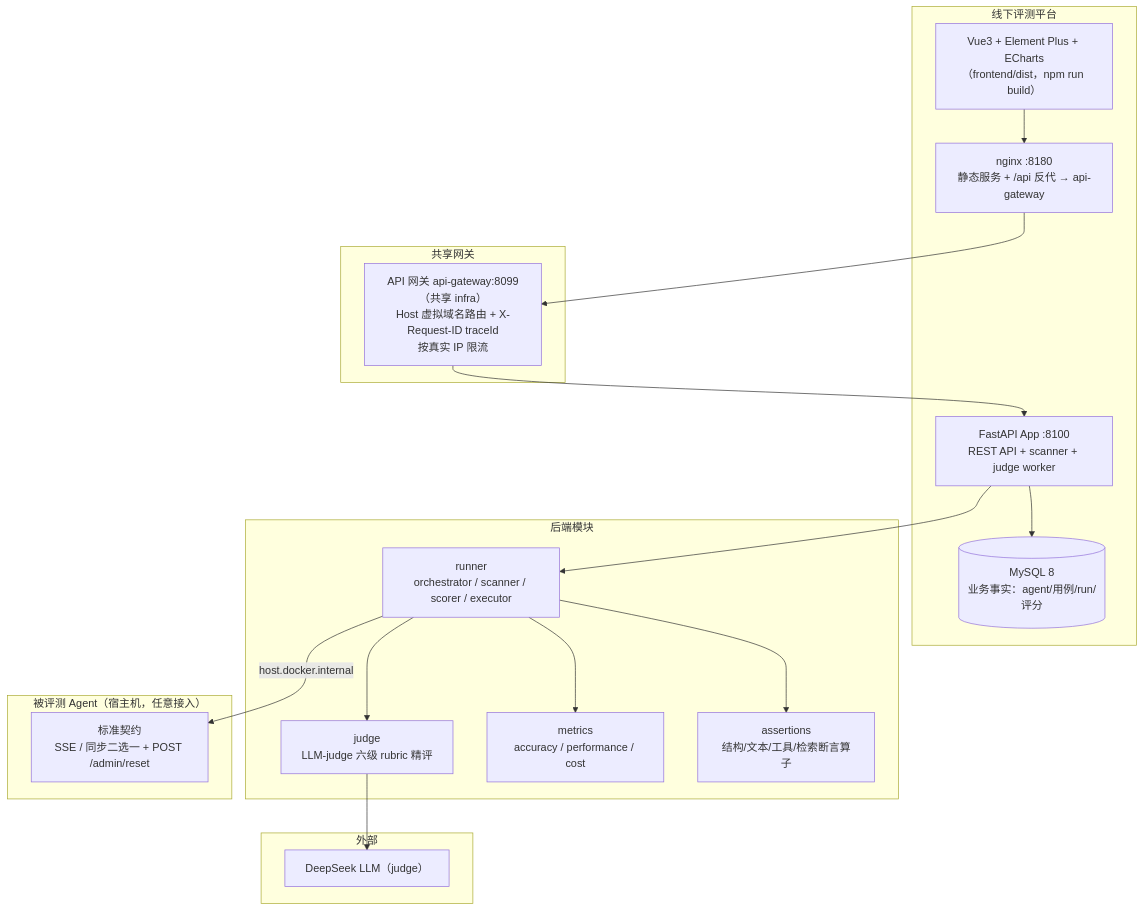
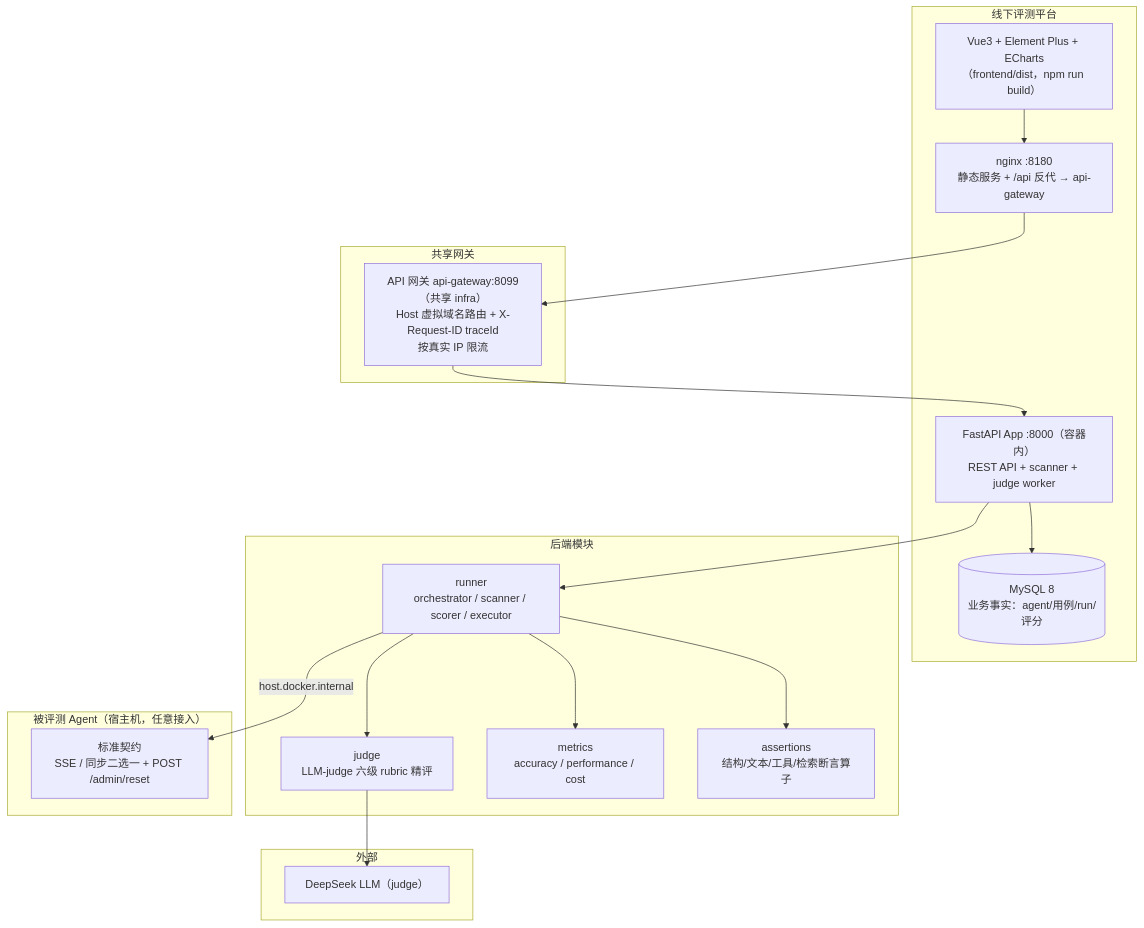
One commit to zhanggy1984/agent-evaluation-offline changed the diagram in README.md. Above: the diagram before and after it, drawn with Mermaid. The commit also changed other lines of this file and 1 other file, not shown here.

````diff
--- a/README.md
+++ b/README.md
@@ -122,35 +122,35 @@
 ```mermaid
 graph TB
     subgraph PLATFORM["线下评测平台"]
         WEB["Vue3 + Element Plus + ECharts<br/>（frontend/dist，npm run build）"]
         NGINX["nginx :8180<br/>静态服务 + /api 反代 → api-gateway"]
-        API["FastAPI App :8100<br/>REST API + scanner + judge worker"]
+        API["FastAPI App :8000（容器内）<br/>REST API + scanner + judge worker"]
         MYSQL[(MySQL 8<br/>业务事实：agent/用例/run/评分)]
     end
     subgraph 共享网关
         GATEWAY["API 网关 api-gateway:8099（共享 infra）<br/>Host 虚拟域名路由 + X-Request-ID traceId<br/>按真实 IP 限流"]
     end
     subgraph MODULE["后端模块"]
         RUN["runner<br/>orchestrator / scanner / scorer / executor"]
         JUDGE["judge<br/>LLM-judge 六级 rubric 精评"]
         MET["metrics<br/>accuracy / performance / cost"]
         ASRT["assertions<br/>结构/文本/工具/检索断言算子"]
     end
     subgraph TARGET["被评测 Agent（宿主机，任意接入）"]
         AGENT["标准契约<br/>SSE / 同步二选一 + POST /admin/reset"]
     end
     subgraph EXT["外部"]
         DS["DeepSeek LLM（judge）"]
     end
 
     WEB --> NGINX
     NGINX --> GATEWAY
     GATEWAY --> API
     API --> RUN
     RUN --> JUDGE
     RUN --> MET
     RUN --> ASRT
     RUN -- host.docker.internal --> AGENT
     API --> MYSQL
     JUDGE --> DS
 ```
````
